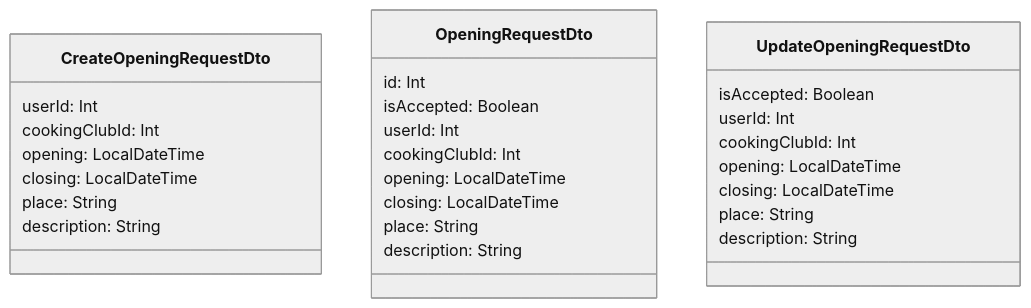
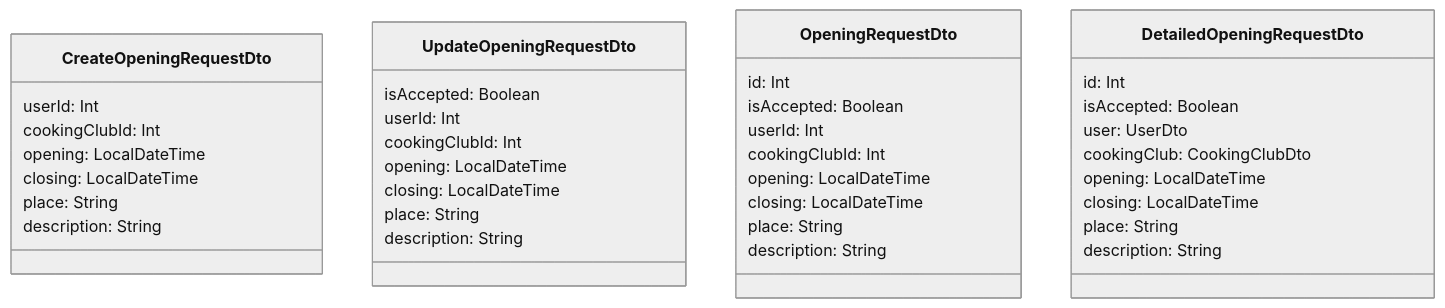
Before and after one commit to kir-dev/foodex-web: the sixth of 9 diagrams in Upgrade backend TERV.md, drawn with Mermaid (neutral theme). The commit also changed other lines of this file and 11 other files, not shown here.

````diff
--- a/Upgrade backend TERV.md
+++ b/Upgrade backend TERV.md
@@ -159,33 +155,44 @@
 ```mermaid
 classDiagram
 
 class CreateOpeningRequestDto {
+    userId: Int
+    cookingClubId: Int
+    opening: LocalDateTime
+    closing: LocalDateTime
+    place: String
+    description: String
+}
+
+class UpdateOpeningRequestDto {
+    isAccepted: Boolean
     userId: Int
     cookingClubId: Int
     opening: LocalDateTime
     closing: LocalDateTime
     place: String
     description: String
 }
 
 class OpeningRequestDto {
     id: Int
     isAccepted: Boolean
     userId: Int
     cookingClubId: Int
     opening: LocalDateTime
     closing: LocalDateTime
     place: String
     description: String
 }
 
-class UpdateOpeningRequestDto {
+class DetailedOpeningRequestDto {
+    id: Int
     isAccepted: Boolean
-    userId: Int
-    cookingClubId: Int
+    user: UserDto
+    cookingClub: CookingClubDto
     opening: LocalDateTime
     closing: LocalDateTime
     place: String
     description: String
 }
 ```
````
